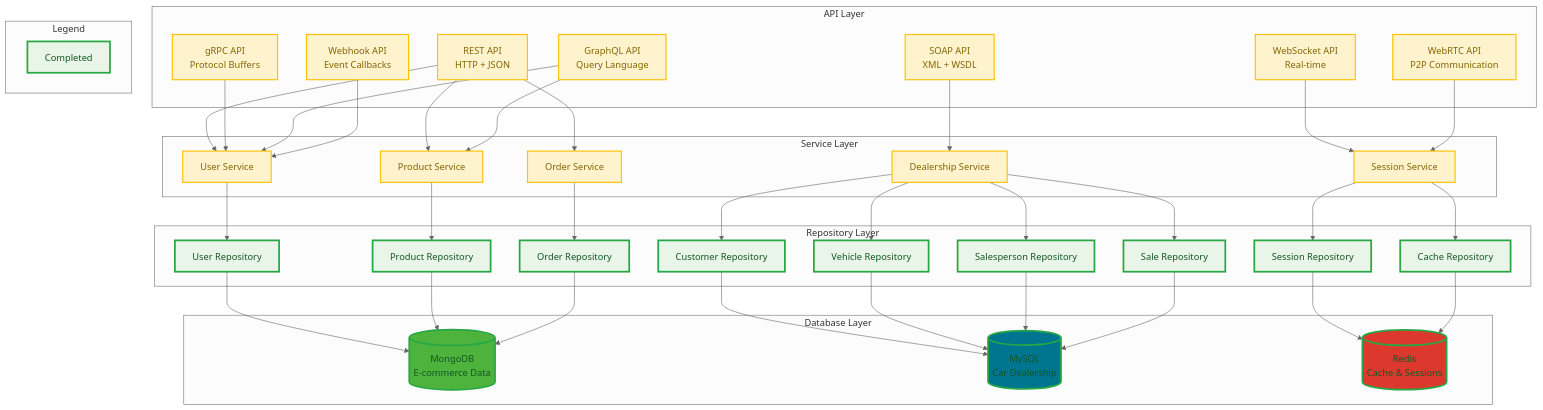
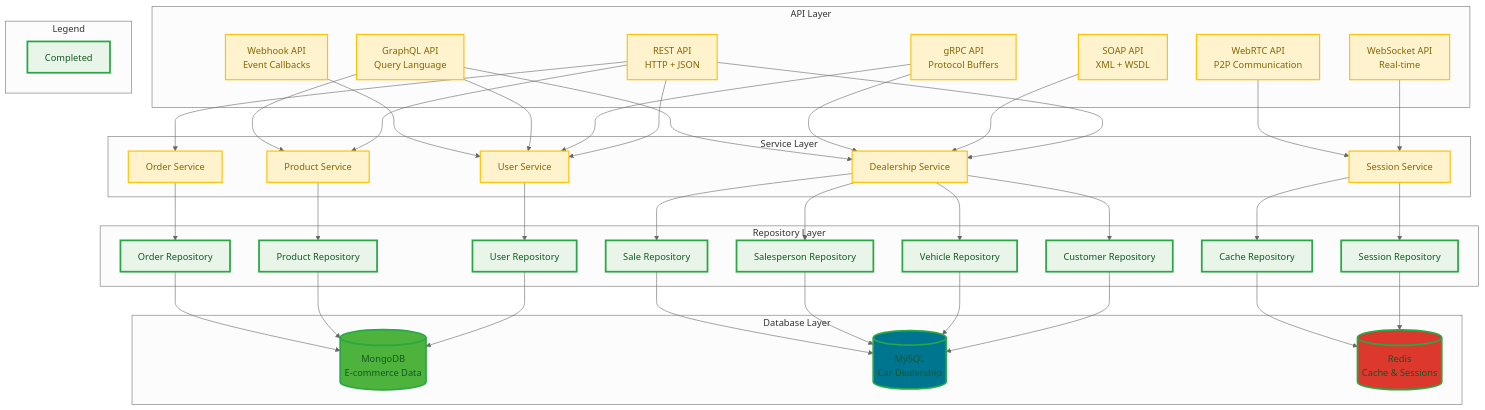
One commit to mckriel/api-server changed the diagram in README.md. Above: the diagram before and after it, drawn with Mermaid (neutral theme). The commit also changed 7 other files, not shown here.

```diff
--- a/README.md
+++ b/README.md
@@ -61,10 +61,13 @@
     REST --> UserSvc
     REST --> ProductSvc
     REST --> OrderSvc
+    REST --> DealershipSvc
     SOAP --> DealershipSvc
     GRPC --> UserSvc
+    GRPC --> DealershipSvc
     GraphQL --> UserSvc
     GraphQL --> ProductSvc
+    GraphQL --> DealershipSvc
     WS --> SessionSvc
     WebRTC --> SessionSvc
     Webhook --> UserSvc
```
